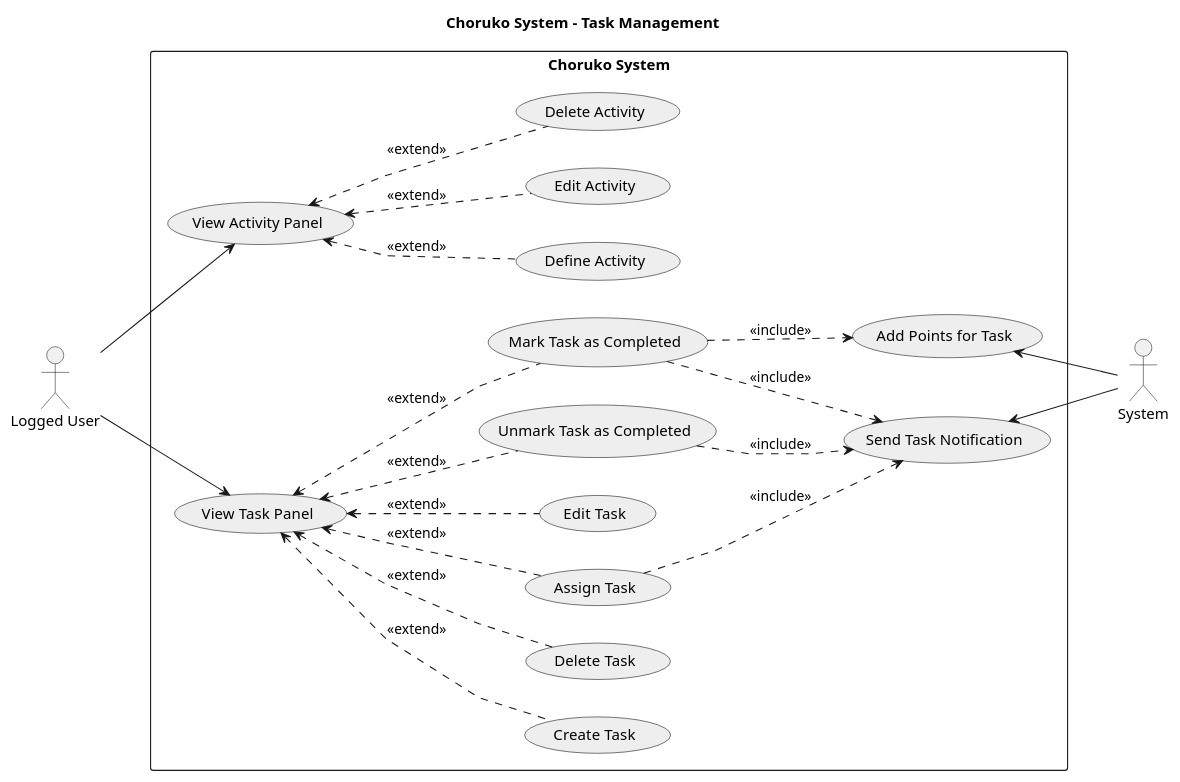
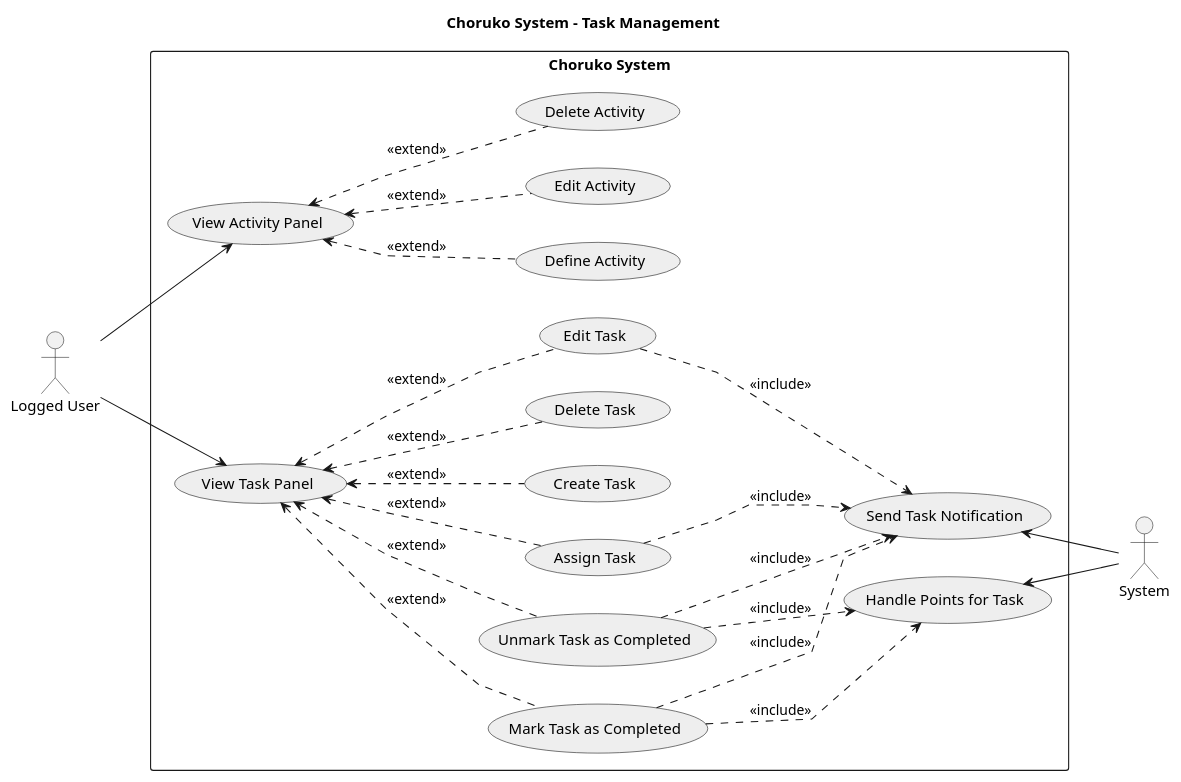
The diagram in docs/UML/use-case-diagrams/task-management-diagram.puml (psampir/choruko), drawn with PlantUML before and after one commit.

Commit message:
docs/updated task mgmnt diagram

```diff
--- a/docs/UML/use-case-diagrams/task-management-diagram.puml
+++ b/docs/UML/use-case-diagrams/task-management-diagram.puml
@@ -1,53 +1,55 @@
 @startuml task-management
 
 title Choruko System - Task Management
 skinparam usecaseBorderColor #000000
 skinparam usecaseBackgroundColor #EEEEEE
 skinparam packageStyle rectangle
 skinparam linetype polyline
 left to right direction
 
 :Logged User: as l_user
 :System: as system
 
 rectangle "Choruko System" {
 
   usecase "View Activity Panel" as UC13
   usecase "Define Activity" as UC14
   usecase "Edit Activity" as UC15
   usecase "Delete Activity" as UC16
 
   usecase "View Task Panel" as UC12
   usecase "Create Task" as UC17
   usecase "Delete Task" as UC18
   usecase "Assign Task" as UC19
   usecase "Edit Task" as UC20
   usecase "Mark Task as Completed" as UC21
   usecase "Unmark Task as Completed" as UC22
 
-  usecase "Add Points for Task" as UC34
+  usecase "Handle Points for Task" as UC34
   usecase "Send Task Notification" as UC35
 }
 
 l_user --> UC12
 l_user --> UC13
 
 UC34 <-- system
 UC35 <-- system
 
 UC13 <.. UC14 : <<extend>>
 UC13 <.. UC15 : <<extend>>
 UC13 <.. UC16 : <<extend>>
 UC12 <.. UC17 : <<extend>>
 UC12 <.. UC18 : <<extend>>
 UC12 <.. UC19 : <<extend>>
 UC12 <.. UC20 : <<extend>>
 UC12 <.. UC21 : <<extend>>
 UC12 <.. UC22 : <<extend>>
 
 UC21 ..> UC34 : <<include>>
+UC22 ..> UC34 : <<include>>
 UC21 ..> UC35 : <<include>>
 UC19 ..> UC35 : <<include>>
+UC20 ..> UC35 : <<include>>
 UC22 ..> UC35 : <<include>>
 
 @enduml
```
